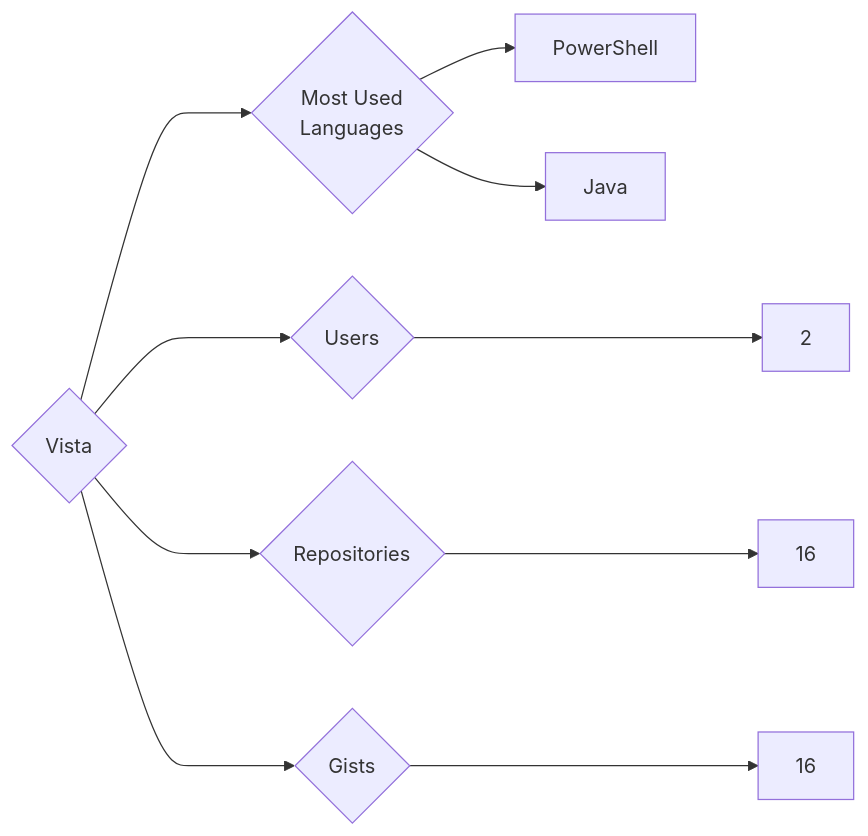
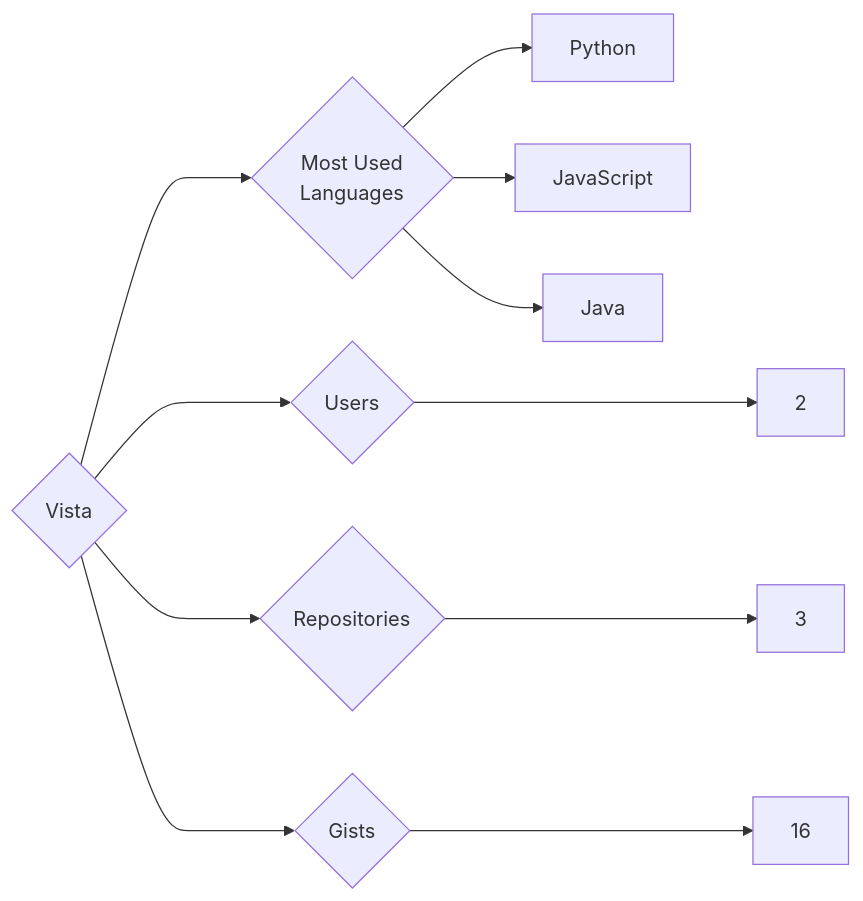
One commit to trickest/insiders changed the diagram in targets/Vista/README.md. Above: the diagram before and after it, drawn with Mermaid. The commit also changed 1389 other files, not shown here.

````diff
--- a/targets/Vista/README.md
+++ b/targets/Vista/README.md
@@ -3,10 +3,11 @@
 ```mermaid
 graph LR
 COMPANY_NAME{Vista}
 COMPANY_NAME ---> U{Users} ---> UN[2]
-COMPANY_NAME ---> R{Repositories} ---> RN[16]
+COMPANY_NAME ---> R{Repositories} ---> RN[3]
 COMPANY_NAME ---> G{Gists} ---> GN[16]
 COMPANY_NAME ---> ML{Most Used<br>Languages}
-ML --> PowerShell[PowerShell]
+ML --> Python[Python]
+ML --> JavaScript[JavaScript]
 ML --> Java[Java]
 ```
````
